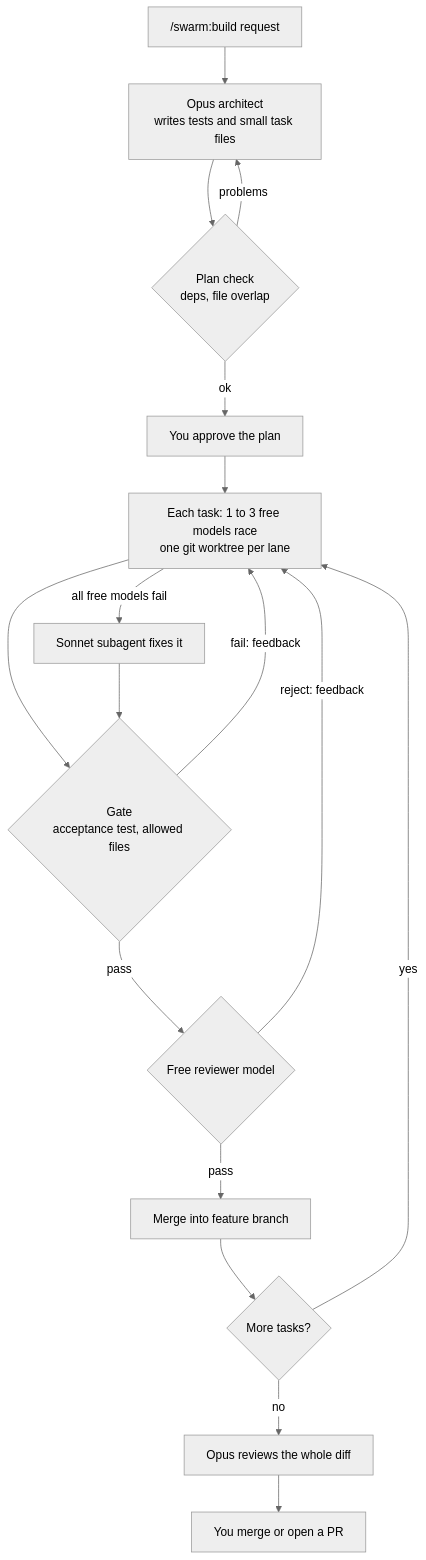
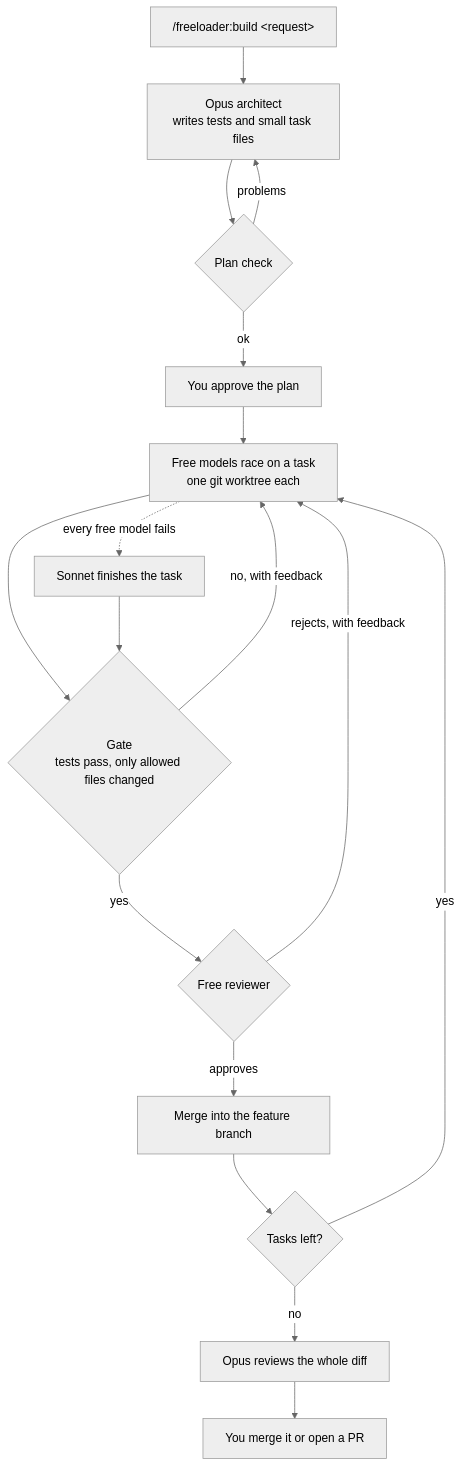
One commit to mobashirrahman/freeloader changed the diagram in README.md. Above: the diagram before and after it, drawn with Mermaid (neutral theme). The commit also changed other lines of this file and 29 other files, not shown here.

First line of the commit message:
Rename to freeloader and add tests, CI, and project docs

````diff
--- a/README.md
+++ b/README.md
@@ -15,19 +15,19 @@
 ```mermaid
 flowchart TD
-    A["/swarm:build request"] --> B["Opus architect<br/>writes tests and small task files"]
-    B --> C{"Plan check<br/>deps, file overlap"}
+    A["/freeloader:build &lt;request&gt;"] --> B["Opus architect<br/>writes tests and small task files"]
+    B --> C{"Plan check"}
     C -- problems --> B
     C -- ok --> D["You approve the plan"]
-    D --> E["Each task: 1 to 3 free models race<br/>one git worktree per lane"]
-    E --> F{"Gate<br/>acceptance test, allowed files"}
-    F -- fail: feedback --> E
-    F -- pass --> G{"Free reviewer model"}
-    G -- reject: feedback --> E
-    G -- pass --> H["Merge into feature branch"]
-    E -- all free models fail --> I["Sonnet subagent fixes it"]
+    D --> E["Free models race on a task<br/>one git worktree each"]
+    E --> F{"Gate<br/>tests pass, only allowed files changed"}
+    F -- no, with feedback --> E
+    F -- yes --> G{"Free reviewer"}
+    G -- rejects, with feedback --> E
+    G -- approves --> H["Merge into the feature branch"]
+    E -. every free model fails .-> I["Sonnet finishes the task"]
     I --> F
-    H --> J{"More tasks?"}
+    H --> J{"Tasks left?"}
     J -- yes --> E
     J -- no --> K["Opus reviews the whole diff"]
-    K --> L["You merge or open a PR"]
+    K --> L["You merge it or open a PR"]
 ```
````
